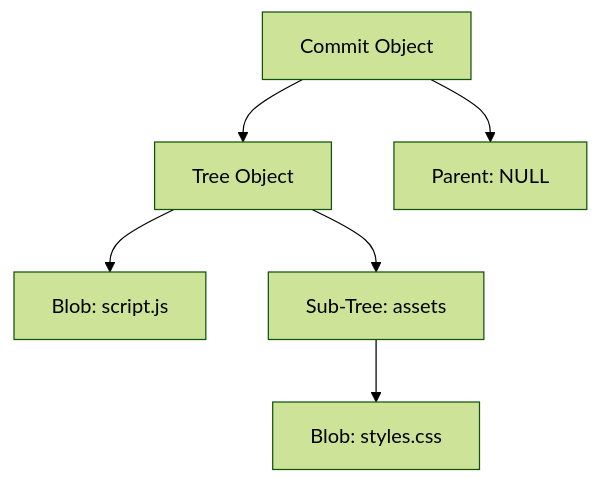
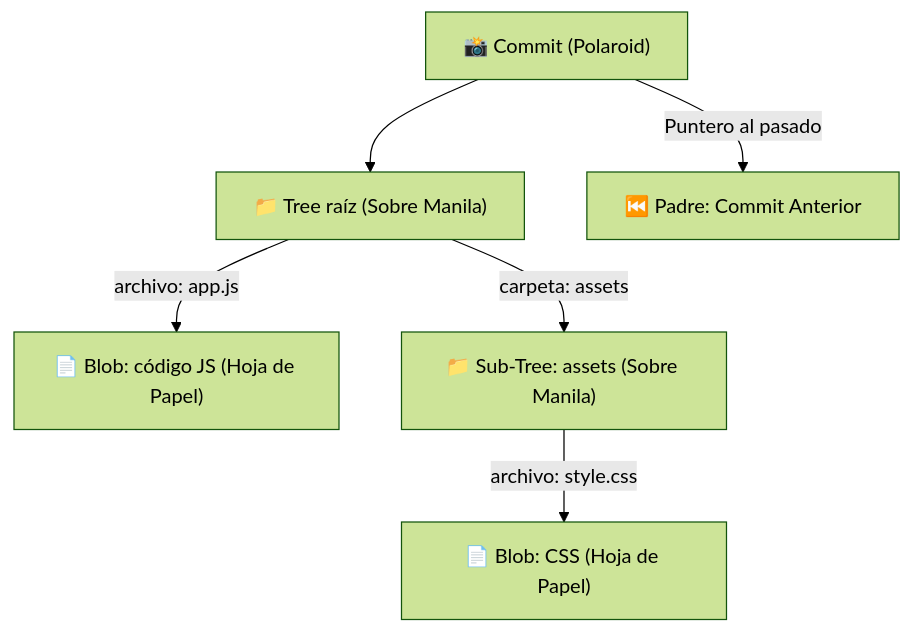
The diagram in Curso/01-Intro/README.md (ByChokeYT/Curso_de_Git_GitHub), drawn with Mermaid (forest theme) before and after one commit. The commit also changed other lines of this file and 25 other files, not shown here.

````diff
--- a/Curso/01-Intro/README.md
+++ b/Curso/01-Intro/README.md
@@ -21,8 +31,8 @@
 ```mermaid
 graph TD
-    C1[Commit Object] --> T1[Tree Object]
-    T1 --> B1[Blob: script.js]
-    T1 --> T2[Sub-Tree: assets]
-    T2 --> B2[Blob: styles.css]
-    C1 --> P[Parent: NULL]
+    C1["📸 Commit (Polaroid)"] --> T1["📁 Tree raíz (Sobre Manila)"]
+    T1 -->|archivo: app.js| B1["📄 Blob: código JS (Hoja de Papel)"]
+    T1 -->|carpeta: assets| T2["📁 Sub-Tree: assets (Sobre Manila)"]
+    T2 -->|archivo: style.css| B2["📄 Blob: CSS (Hoja de Papel)"]
+    C1 -->|Puntero al pasado| P["⏮️ Padre: Commit Anterior"]
 ```
````
